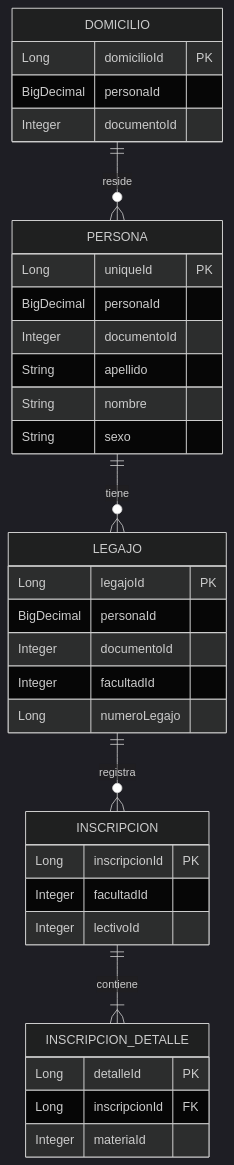
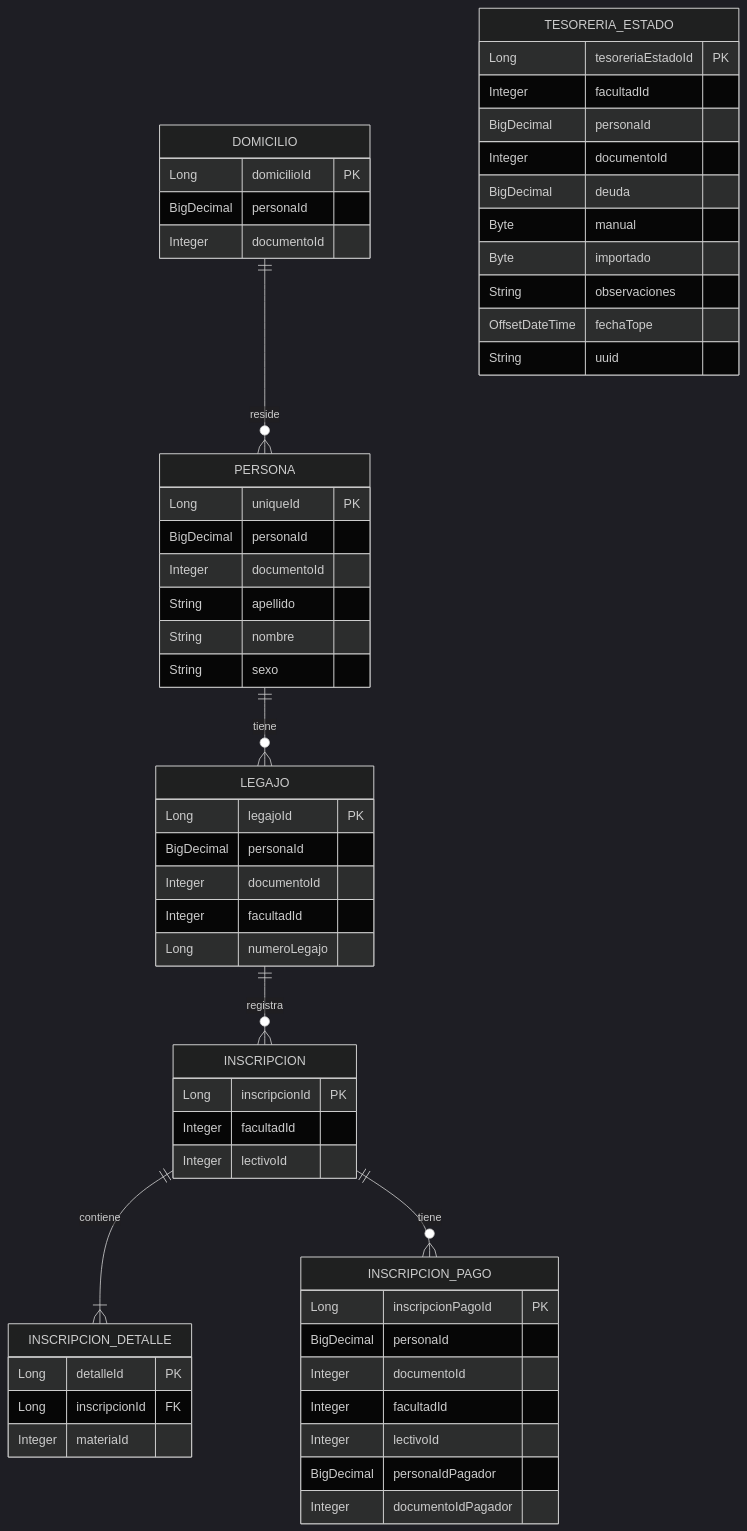
Before and after one commit to UM-services/UM.facultad.core-service: the diagram in docs/diagrams/erd-database.mmd, drawn with Mermaid (dark theme). The commit also changed 7 other files, not shown here.

```diff
--- a/docs/diagrams/erd-database.mmd
+++ b/docs/diagrams/erd-database.mmd
@@ -1,35 +1,57 @@
 erDiagram
     PERSONA ||--o{ LEGAJO : tiene
     PERSONA {
         Long uniqueId PK
         BigDecimal personaId
         Integer documentoId
         String apellido
         String nombre
         String sexo
     }
     LEGAJO ||--o{ INSCRIPCION : registra
     LEGAJO {
         Long legajoId PK
         BigDecimal personaId
         Integer documentoId
         Integer facultadId
         Long numeroLegajo
     }
     INSCRIPCION ||--|{ INSCRIPCION_DETALLE : contiene
     INSCRIPCION {
         Long inscripcionId PK
         Integer facultadId
         Integer lectivoId
     }
     INSCRIPCION_DETALLE {
         Long detalleId PK
         Long inscripcionId FK
         Integer materiaId
     }
     DOMICILIO ||--o{ PERSONA : reside
     DOMICILIO {
         Long domicilioId PK
         BigDecimal personaId
         Integer documentoId
     }
+    INSCRIPCION ||--o{ INSCRIPCION_PAGO : tiene
+    INSCRIPCION_PAGO {
+        Long inscripcionPagoId PK
+        BigDecimal personaId
+        Integer documentoId
+        Integer facultadId
+        Integer lectivoId
+        BigDecimal personaIdPagador
+        Integer documentoIdPagador
+    }
+    TESORERIA_ESTADO {
+        Long tesoreriaEstadoId PK
+        Integer facultadId
+        BigDecimal personaId
+        Integer documentoId
+        BigDecimal deuda
+        Byte manual
+        Byte importado
+        String observaciones
+        OffsetDateTime fechaTope
+        String uuid
+    }
```
